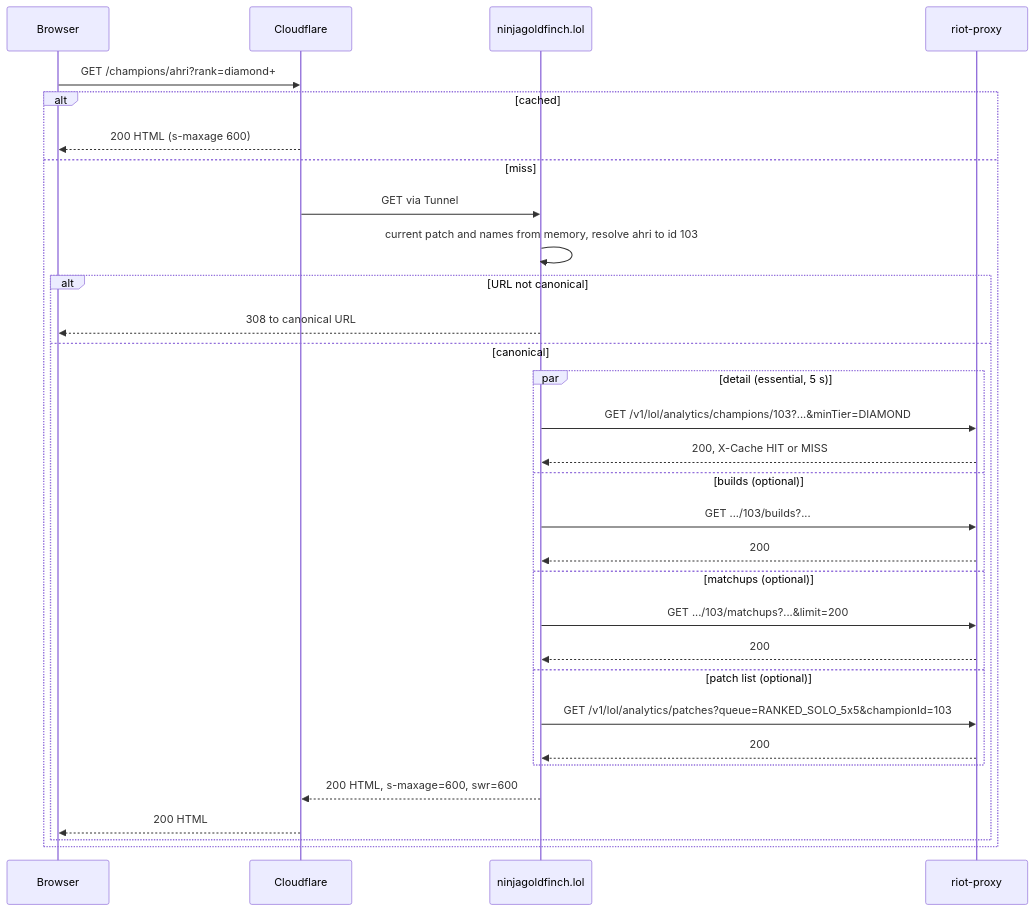
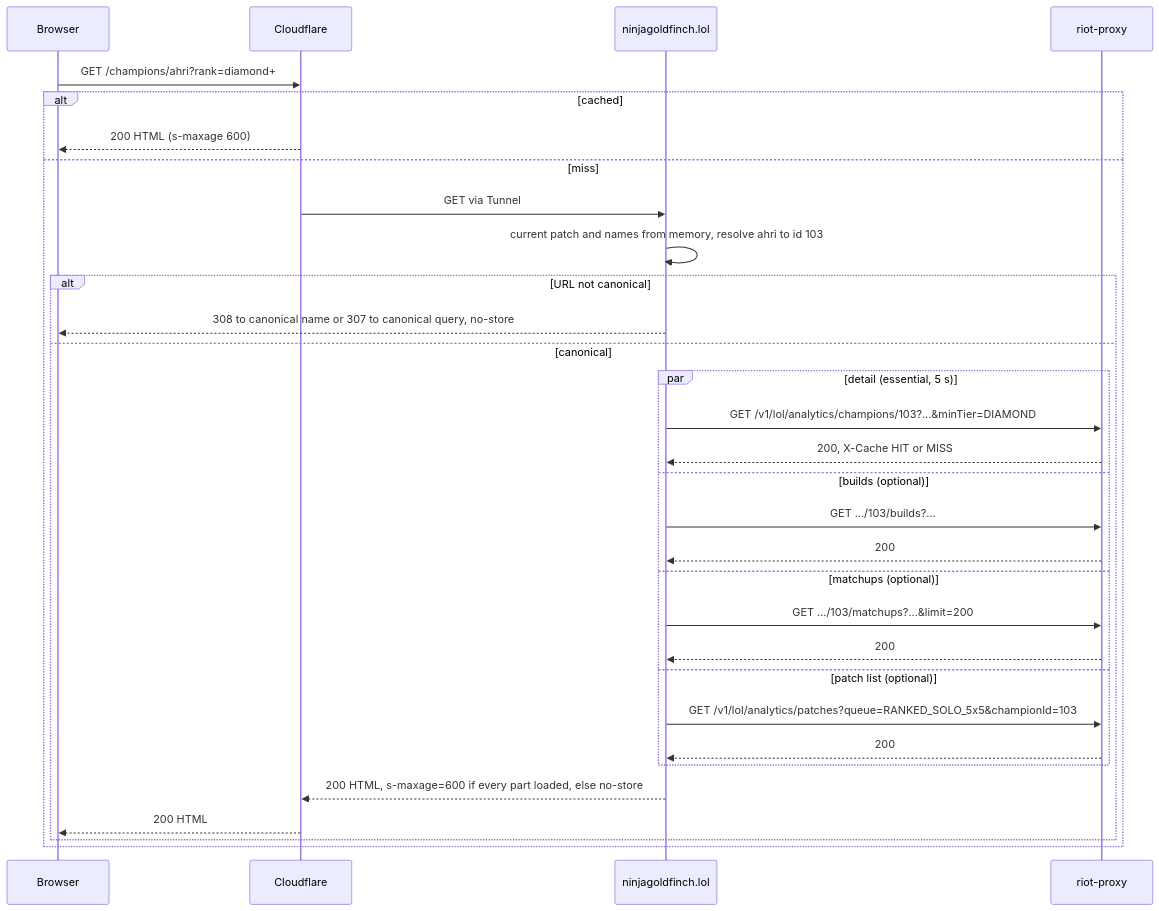
One commit to NinjaGoldfinch/ninjagoldfinch-lol changed the fourth of 4 diagrams in docs/architecture/request-lifecycle.md. Above: the diagram before and after it, drawn with Mermaid. The commit also changed other lines of this file and 43 other files, not shown here.

First line of the commit message:
fix(cache): a cache policy on every response, none for a page with a part missing

````diff
--- a/docs/architecture/request-lifecycle.md
+++ b/docs/architecture/request-lifecycle.md
@@ -150,34 +150,34 @@
 ```mermaid
 sequenceDiagram
   participant Browser
   participant Cloudflare
   participant Site as ninjagoldfinch.lol
   participant Proxy as riot-proxy
 
   Browser->>Cloudflare: GET /champions/ahri?rank=diamond+
   alt cached
     Cloudflare-->>Browser: 200 HTML (s-maxage 600)
   else miss
     Cloudflare->>Site: GET via Tunnel
     Site->>Site: current patch and names from memory, resolve ahri to id 103
     alt URL not canonical
-      Site-->>Browser: 308 to canonical URL
+      Site-->>Browser: 308 to canonical name or 307 to canonical query, no-store
     else canonical
       par detail (essential, 5 s)
         Site->>Proxy: GET /v1/lol/analytics/champions/103?...&minTier=DIAMOND
         Proxy-->>Site: 200, X-Cache HIT or MISS
       and builds (optional)
         Site->>Proxy: GET .../103/builds?...
         Proxy-->>Site: 200
       and matchups (optional)
         Site->>Proxy: GET .../103/matchups?...&limit=200
         Proxy-->>Site: 200
       and patch list (optional)
         Site->>Proxy: GET /v1/lol/analytics/patches?queue=RANKED_SOLO_5x5&championId=103
         Proxy-->>Site: 200
       end
-      Site-->>Cloudflare: 200 HTML, s-maxage=600, swr=600
+      Site-->>Cloudflare: 200 HTML, s-maxage=600 if every part loaded, else no-store
       Cloudflare-->>Browser: 200 HTML
     end
   end
 ```
````
